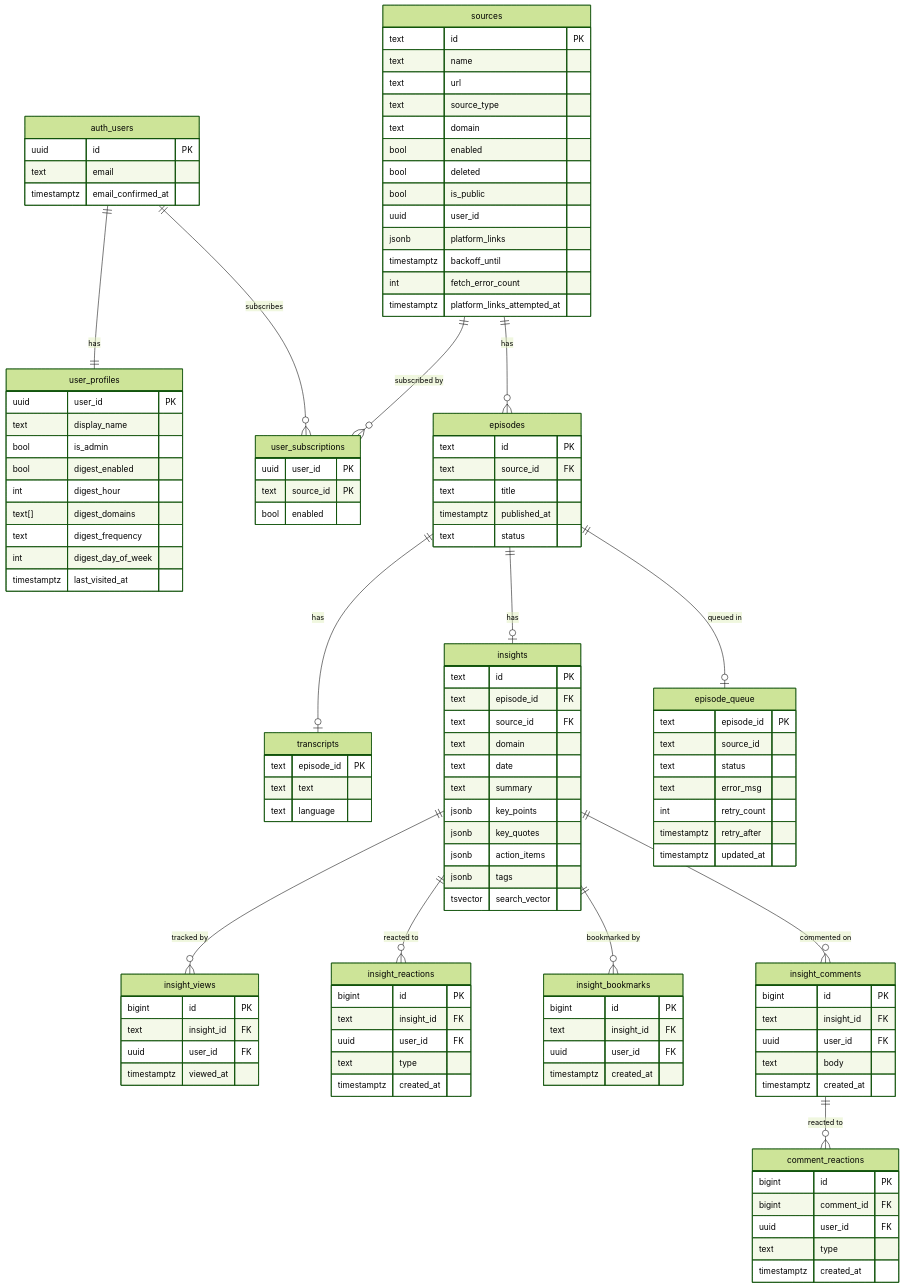
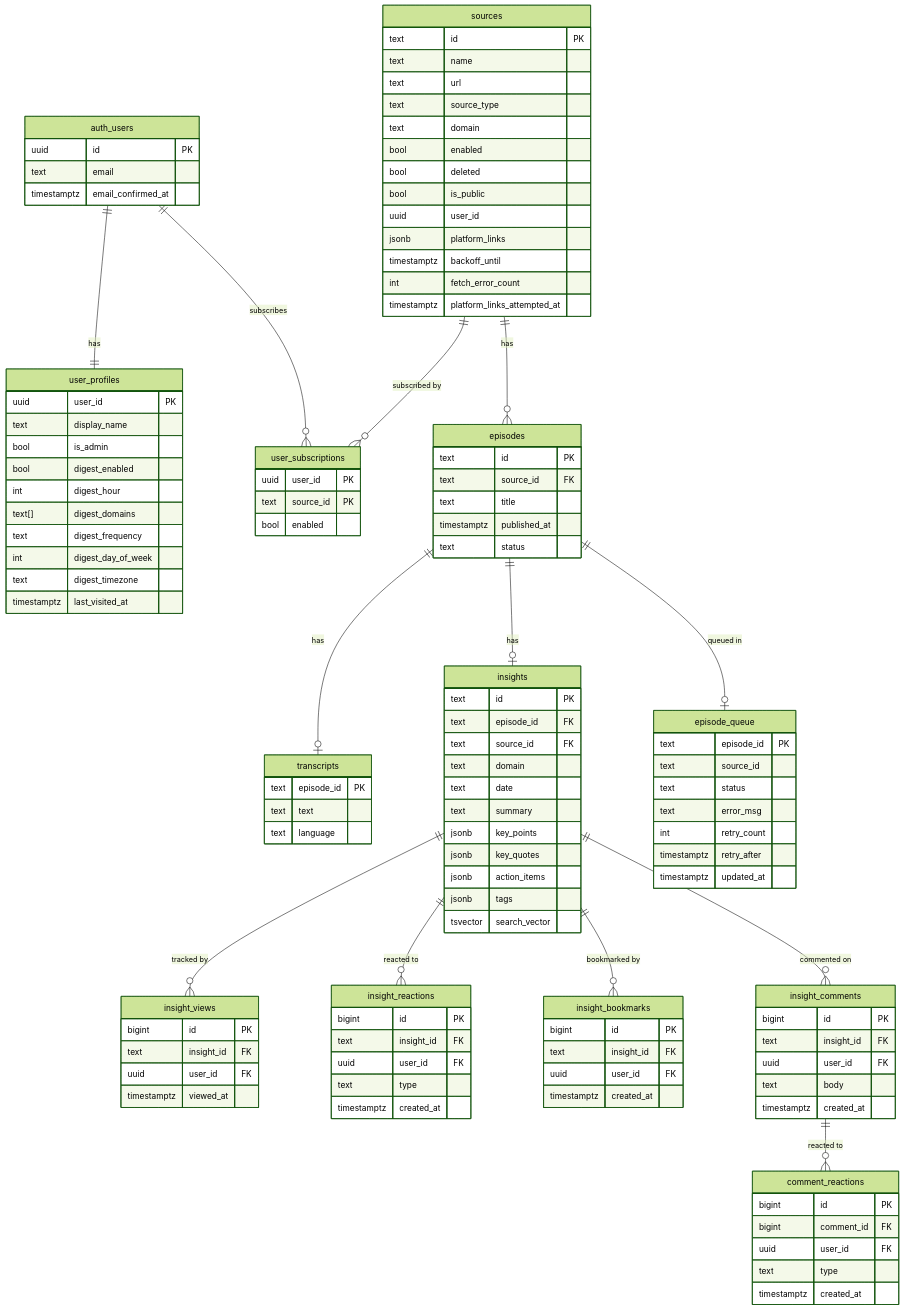
One commit to vtghub/PodcastsSummarizer changed the second of 2 diagrams in docs/architecture.md. Above: the diagram before and after it, drawn with Mermaid (forest theme). The commit also changed other lines of this file and 2 other files, not shown here.

First line of the commit message:
docs: update architecture and workflow diagrams post-PR #189 (#191)

```diff
--- a/docs/architecture.md
+++ b/docs/architecture.md
@@ -164,6 +179,7 @@
         text[] digest_domains
         text digest_frequency
         int  digest_day_of_week
+        text digest_timezone
         timestamptz last_visited_at
     }
     user_subscriptions {
```
